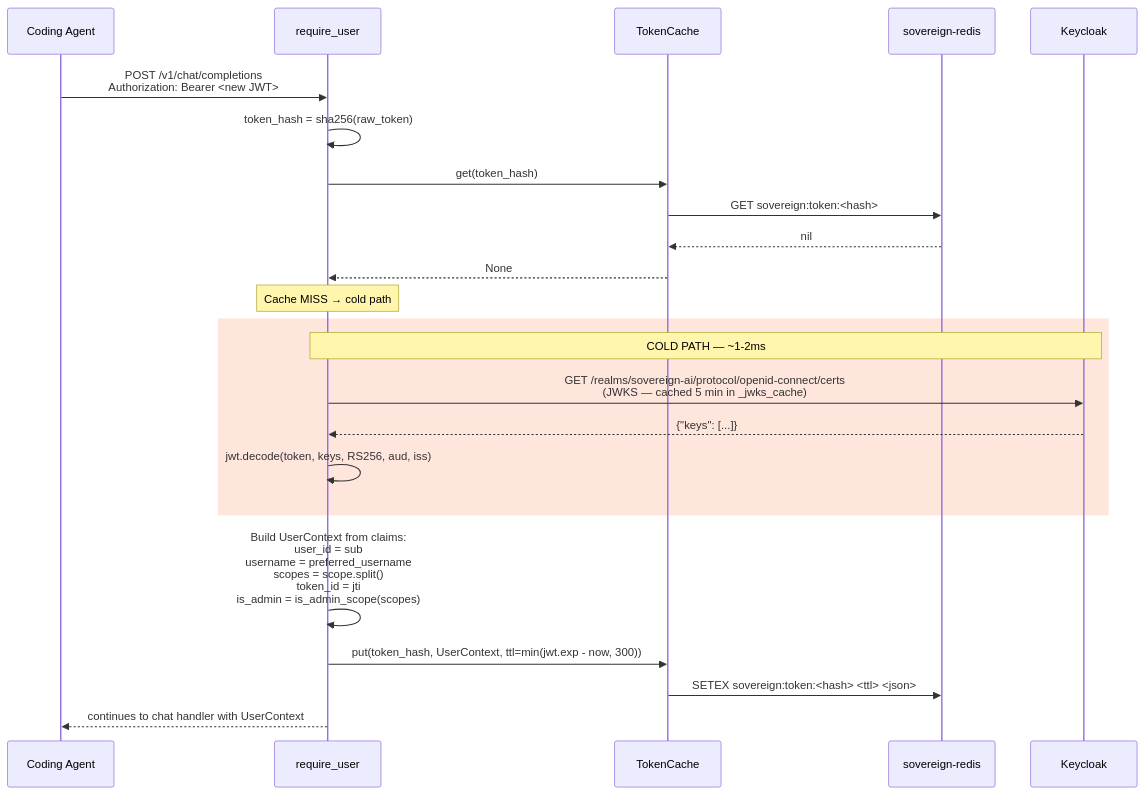
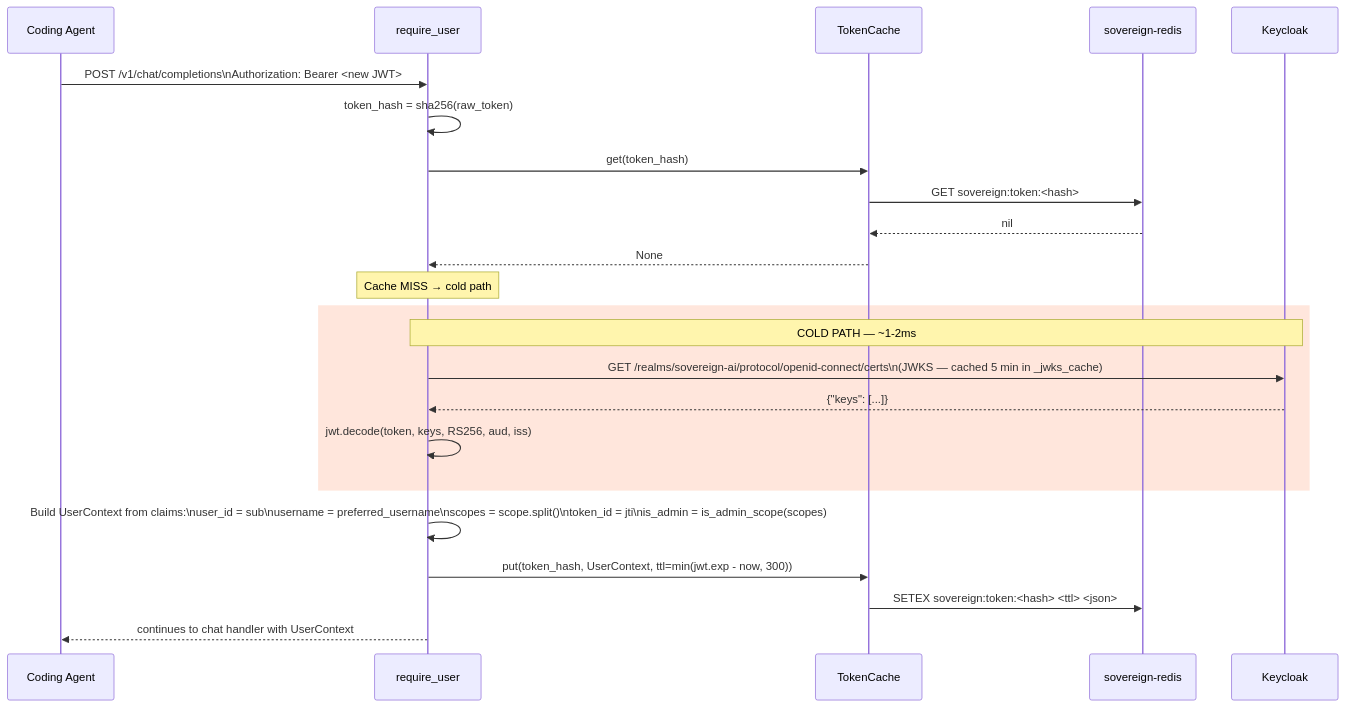
One commit to lfdesousa/AuditTrace-AI changed the fourth of 6 diagrams in docs/architecture/sequence-oauth2-flow.md. Above: the diagram before and after it, drawn with Mermaid. The commit also changed other lines of this file and 4 other files, not shown here.

First line of the commit message:
fix(docs): replace HTML br tags with Mermaid newlines in sequence diagrams

````diff
--- a/docs/architecture/sequence-oauth2-flow.md
+++ b/docs/architecture/sequence-oauth2-flow.md
@@ -106,33 +106,33 @@
 ```mermaid
 sequenceDiagram
     participant Agent as Coding Agent
     participant Auth as require_user
     participant Cache as TokenCache
     participant Redis as sovereign-redis
     participant KC as Keycloak
 
-    Agent->>Auth: POST /v1/chat/completions<br/>Authorization: Bearer <new JWT>
+    Agent->>Auth: POST /v1/chat/completions\nAuthorization: Bearer <new JWT>
 
     Auth->>Auth: token_hash = sha256(raw_token)
 
     Auth->>Cache: get(token_hash)
     Cache->>Redis: GET sovereign:token:<hash>
     Redis-->>Cache: nil
     Cache-->>Auth: None
 
     Note over Auth: Cache MISS → cold path
 
     rect rgb(255, 230, 220)
         Note over Auth,KC: COLD PATH — ~1-2ms
-        Auth->>KC: GET /realms/sovereign-ai/protocol/openid-connect/certs<br/>(JWKS — cached 5 min in _jwks_cache)
+        Auth->>KC: GET /realms/sovereign-ai/protocol/openid-connect/certs\n(JWKS — cached 5 min in _jwks_cache)
         KC-->>Auth: {"keys": [...]}
         Auth->>Auth: jwt.decode(token, keys, RS256, aud, iss)
     end
 
-    Auth->>Auth: Build UserContext from claims:<br/>user_id = sub<br/>username = preferred_username<br/>scopes = scope.split()<br/>token_id = jti<br/>is_admin = is_admin_scope(scopes)
+    Auth->>Auth: Build UserContext from claims:\nuser_id = sub\nusername = preferred_username\nscopes = scope.split()\ntoken_id = jti\nis_admin = is_admin_scope(scopes)
 
     Auth->>Cache: put(token_hash, UserContext, ttl=min(jwt.exp - now, 300))
     Cache->>Redis: SETEX sovereign:token:<hash> <ttl> <json>
 
     Auth-->>Agent: continues to chat handler with UserContext
 ```
````
